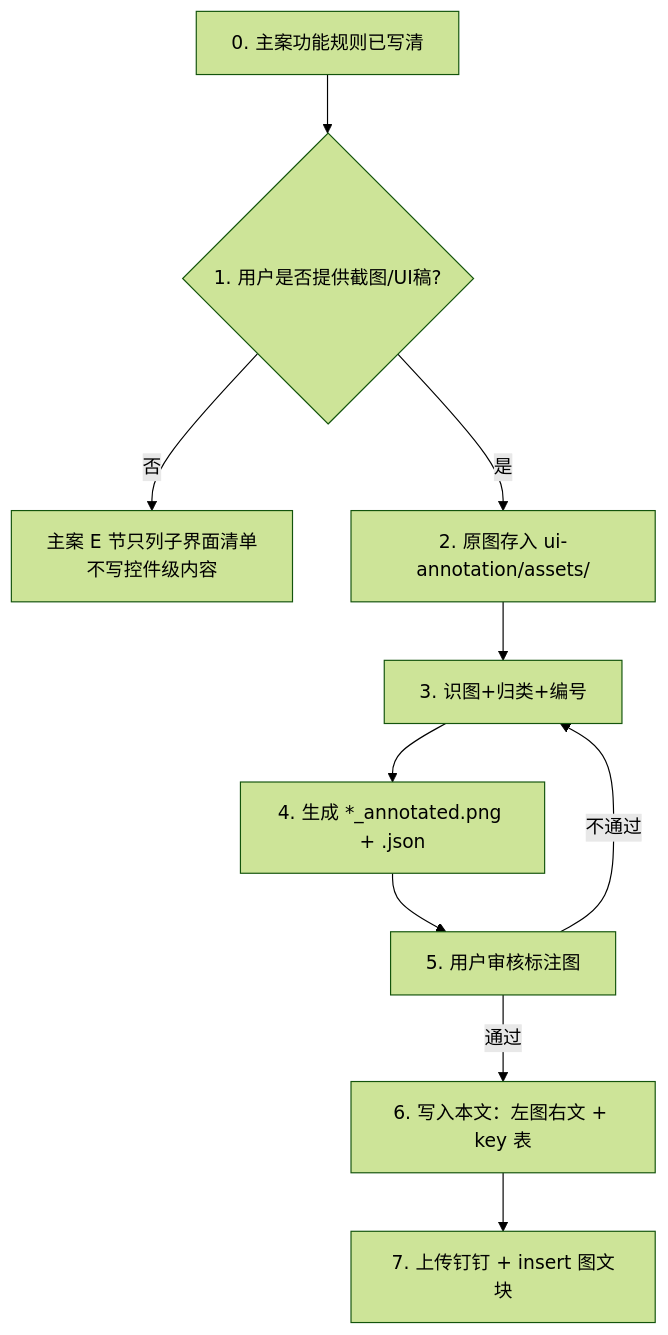
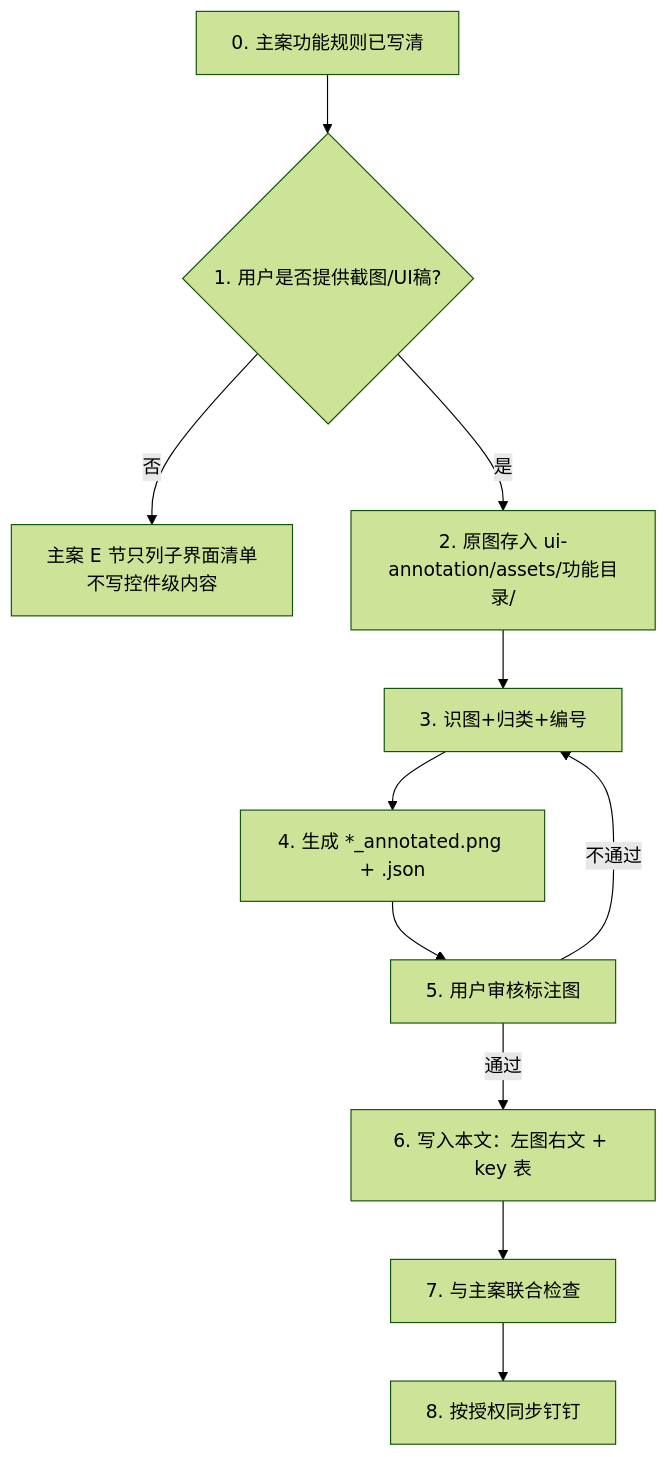
Before and after one commit to RehearsalTap4Fun/MindToDoc: the diagram in templates/derived-ui-annotation.md, drawn with Mermaid (forest theme). The commit also changed other lines of this file and 17 other files, not shown here.

````diff
--- a/templates/derived-ui-annotation.md
+++ b/templates/derived-ui-annotation.md
@@ -11,12 +11,13 @@
 ```mermaid
 flowchart TD
     A[0. 主案功能规则已写清] --> B{1. 用户是否提供截图/UI稿?}
     B -->|否| C[主案 E 节只列子界面清单<br/>不写控件级内容]
-    B -->|是| D[2. 原图存入 ui-annotation/assets/]
+    B -->|是| D[2. 原图存入 ui-annotation/assets/功能目录/]
     D --> E[3. 识图+归类+编号]
     E --> F[4. 生成 *_annotated.png + .json]
     F --> G[5. 用户审核标注图]
     G -->|不通过| E
     G -->|通过| H[6. 写入本文：左图右文 + key 表]
-    H --> I[7. 上传钉钉 + insert 图文块]
+    H --> I[7. 与主案联合检查]
+    I --> J[8. 按授权同步钉钉]
 ```
````
